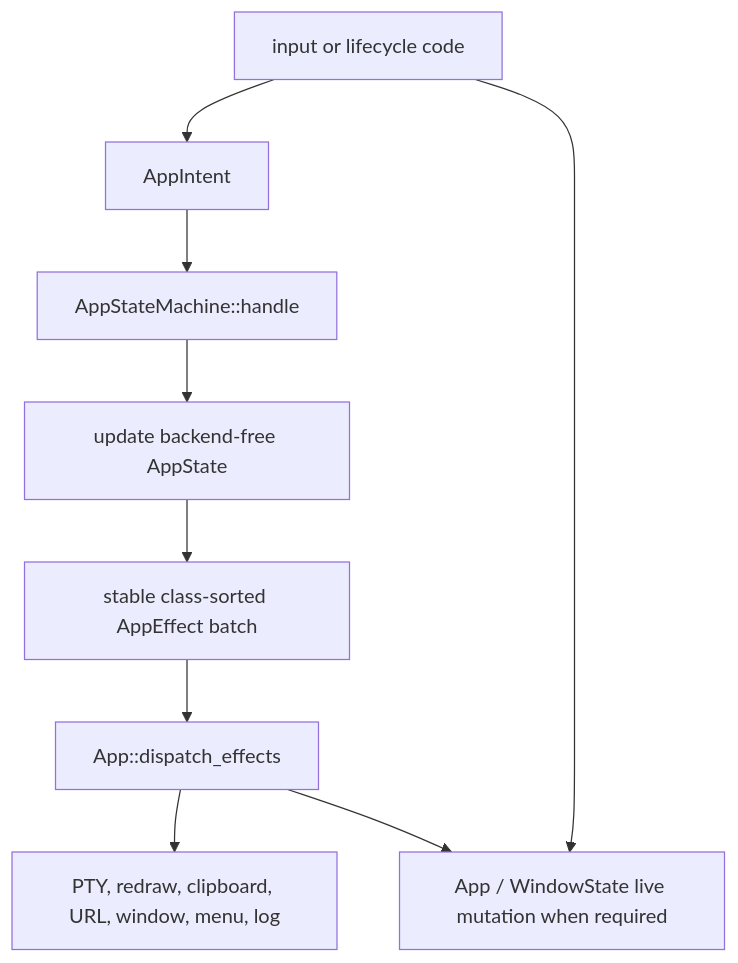
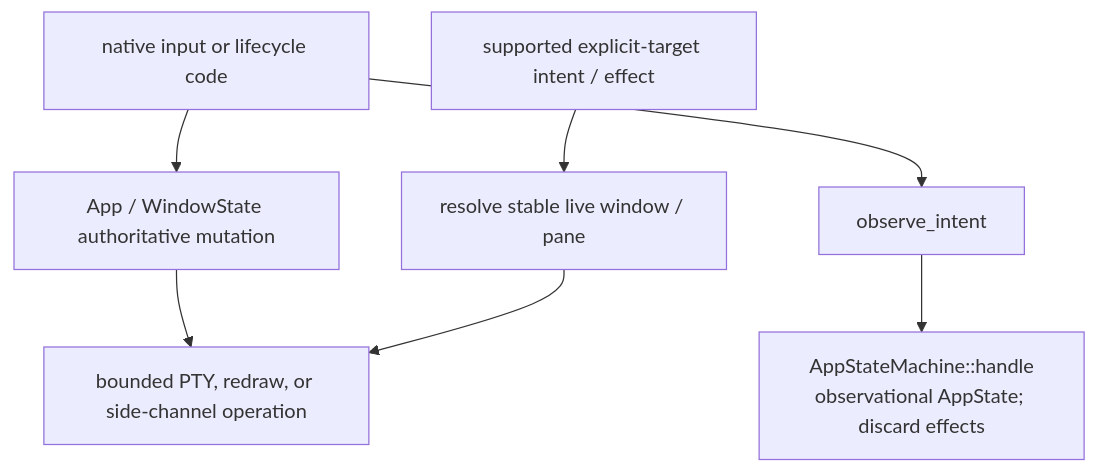
Before and after one commit to D0n9X1n/SonicTerm: the third of 6 diagrams in wiki/Runtime-Lifecycle.md, drawn with Mermaid. The commit also changed other lines of this file and 37 other files, not shown here.

````diff
--- a/wiki/Runtime-Lifecycle.md
+++ b/wiki/Runtime-Lifecycle.md
@@ -315,15 +321,14 @@
 ```mermaid
 flowchart TD
-    source["input or lifecycle code"]
-    intent["AppIntent"]
-    machine["AppStateMachine::handle"]
-    state["update backend-free AppState"]
-    effects["stable class-sorted AppEffect batch"]
-    dispatch["App::dispatch_effects"]
-    boundary["PTY, redraw, clipboard, URL, window, menu, log"]
-    live["App / WindowState live mutation when required"]
+    source["native input or lifecycle code"]
+    live["App / WindowState authoritative mutation"]
+    observe["observe_intent"]
+    machine["AppStateMachine::handle<br/>observational AppState; discard effects"]
+    explicit["supported explicit-target intent / effect"]
+    resolve["resolve stable live window / pane"]
+    boundary["bounded PTY, redraw, or side-channel operation"]
 
-    source --> intent --> machine --> state --> effects --> dispatch --> boundary
-    source --> live
-    dispatch --> live
+    source --> live --> boundary
+    source --> observe --> machine
+    explicit --> resolve --> boundary
 ```
````
